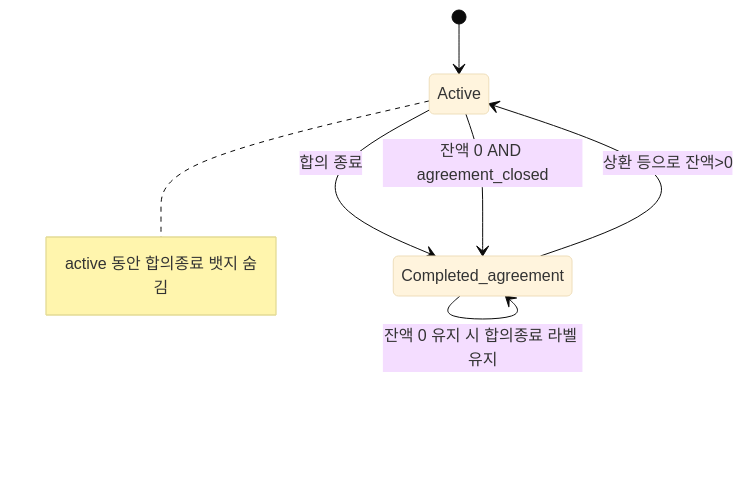
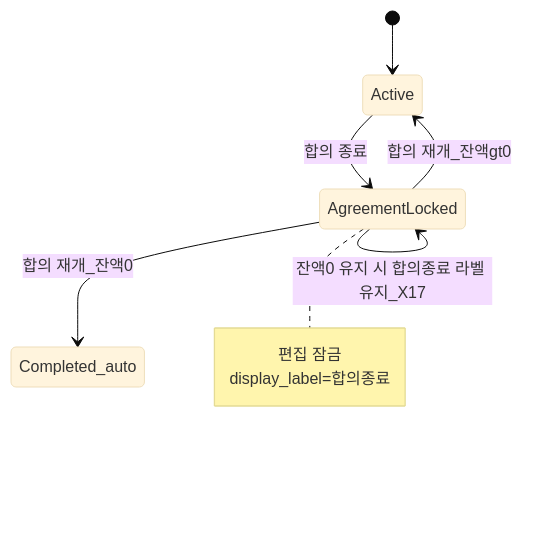
The fourth of 4 diagrams in docs/product/user-flows-v0.1.md (Hyun-Kim95/payClear), drawn with Mermaid (base theme) before and after one commit. The commit also changed other lines of this file and 15 other files, not shown here.

````diff
--- a/docs/product/user-flows-v0.1.md
+++ b/docs/product/user-flows-v0.1.md
@@ -45,11 +45,12 @@
 ```mermaid
 stateDiagram-v2
   [*] --> Active
-  Active --> Completed_agreement: 합의 종료
-  Completed_agreement --> Active: 상환 등으로 잔액>0
-  note right of Active
-    active 동안 합의종료 뱃지 숨김
+  Active --> AgreementLocked: 합의 종료
+  AgreementLocked --> Active: 합의 재개_잔액gt0
+  AgreementLocked --> Completed_auto: 합의 재개_잔액0
+  note right of AgreementLocked
+    편집 잠금
+    display_label=합의종료
   end note
-  Active --> Completed_agreement: 잔액 0 AND agreement_closed
-  Completed_agreement --> Completed_agreement: 잔액 0 유지 시 합의종료 라벨 유지
+  AgreementLocked --> AgreementLocked: 잔액0 유지 시 합의종료 라벨 유지_X17
 ```
````
